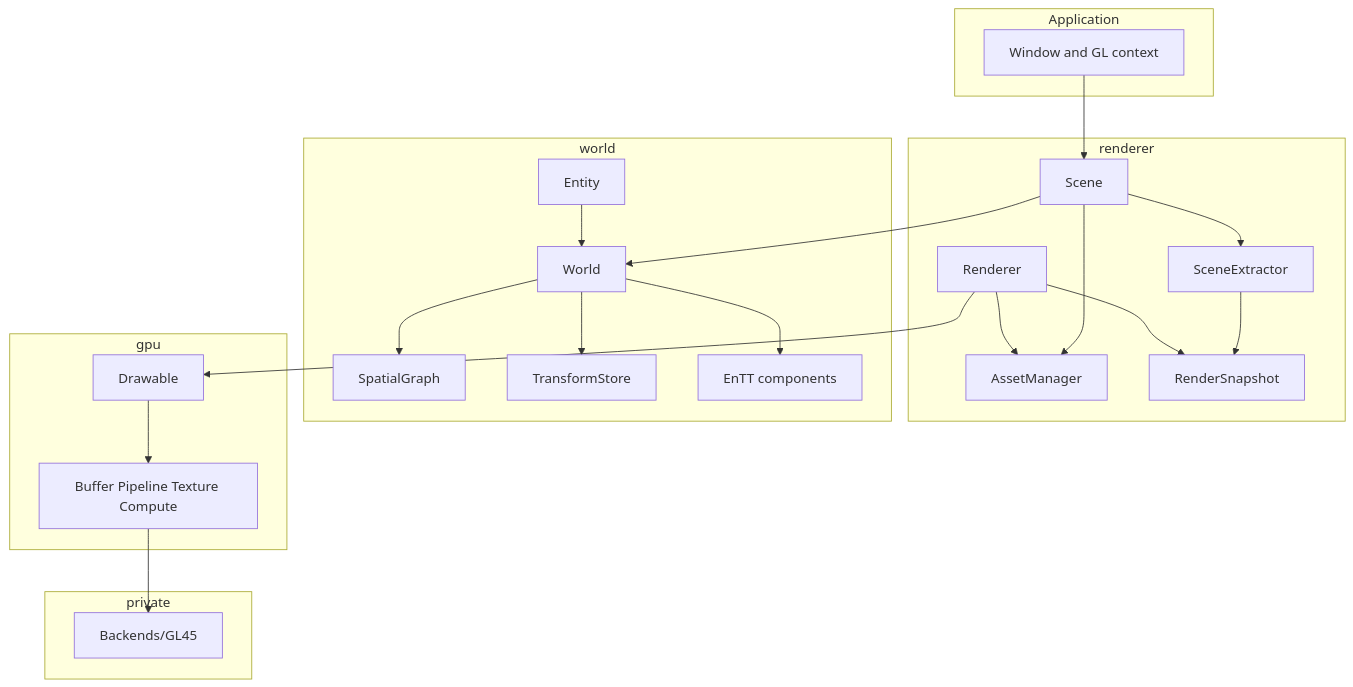
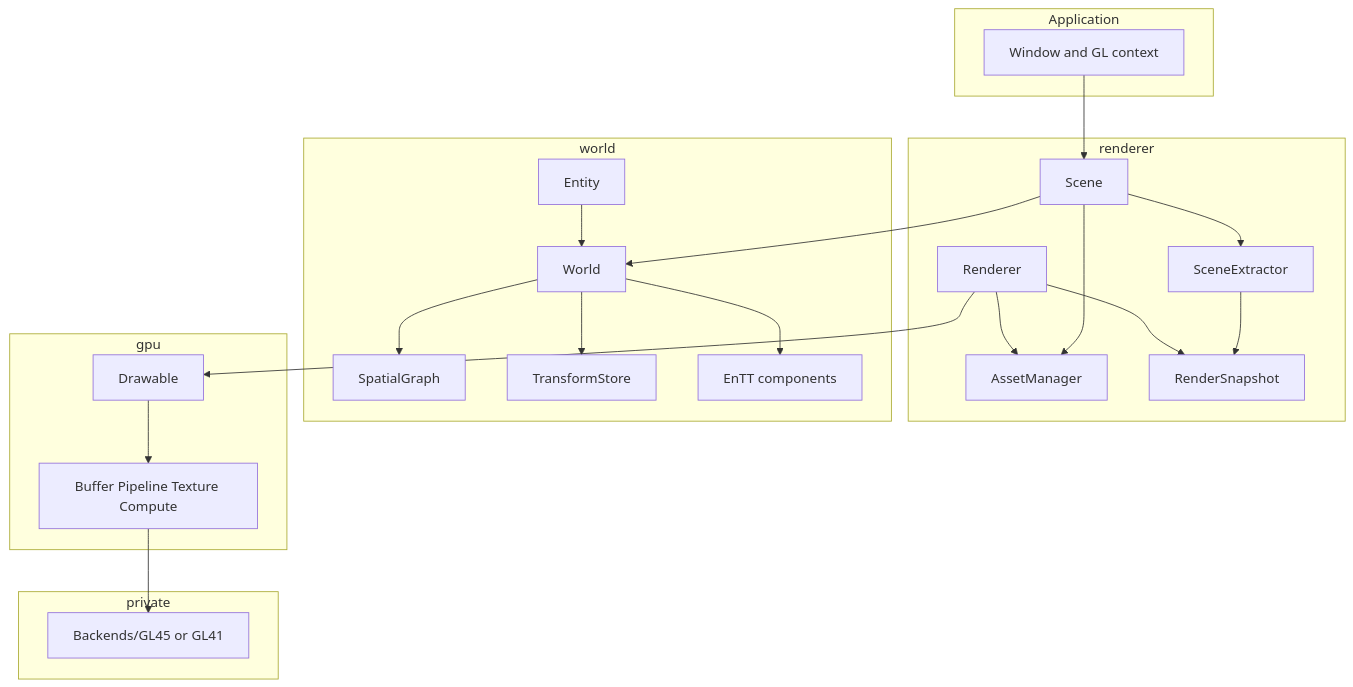
One commit to Lecrapouille/Compages changed the diagram in doc/concepts/architecture.md. Above: the diagram before and after it, drawn with Mermaid. The commit also changed other lines of this file and 35 other files, not shown here.

````diff
--- a/doc/concepts/architecture.md
+++ b/doc/concepts/architecture.md
@@ -9,46 +9,46 @@
 ```mermaid
 flowchart TB
   subgraph app [Application]
     WIN[Window and GL context]
   end
 
   subgraph L3 [renderer]
     SC[Scene]
     AM[AssetManager]
     EX[SceneExtractor]
     RS[RenderSnapshot]
     REN[Renderer]
   end
 
   subgraph L2 [world]
     W[World]
     SG[SpatialGraph]
     TS[TransformStore]
     ENT[Entity]
     ECS[EnTT components]
   end
 
   subgraph L1 [gpu]
     DR[Drawable]
     BUF[Buffer Pipeline Texture Compute]
   end
 
   subgraph BE [private]
-    GL[Backends/GL45]
+    GL[Backends/GL45 or GL41]
   end
 
   WIN --> SC
   SC --> W
   SC --> AM
   SC --> EX
   EX --> RS
   REN --> RS
   REN --> AM
   REN --> DR
   W --> SG
   W --> TS
   W --> ECS
   ENT --> W
   DR --> BUF
   BUF --> GL
 ```
````
